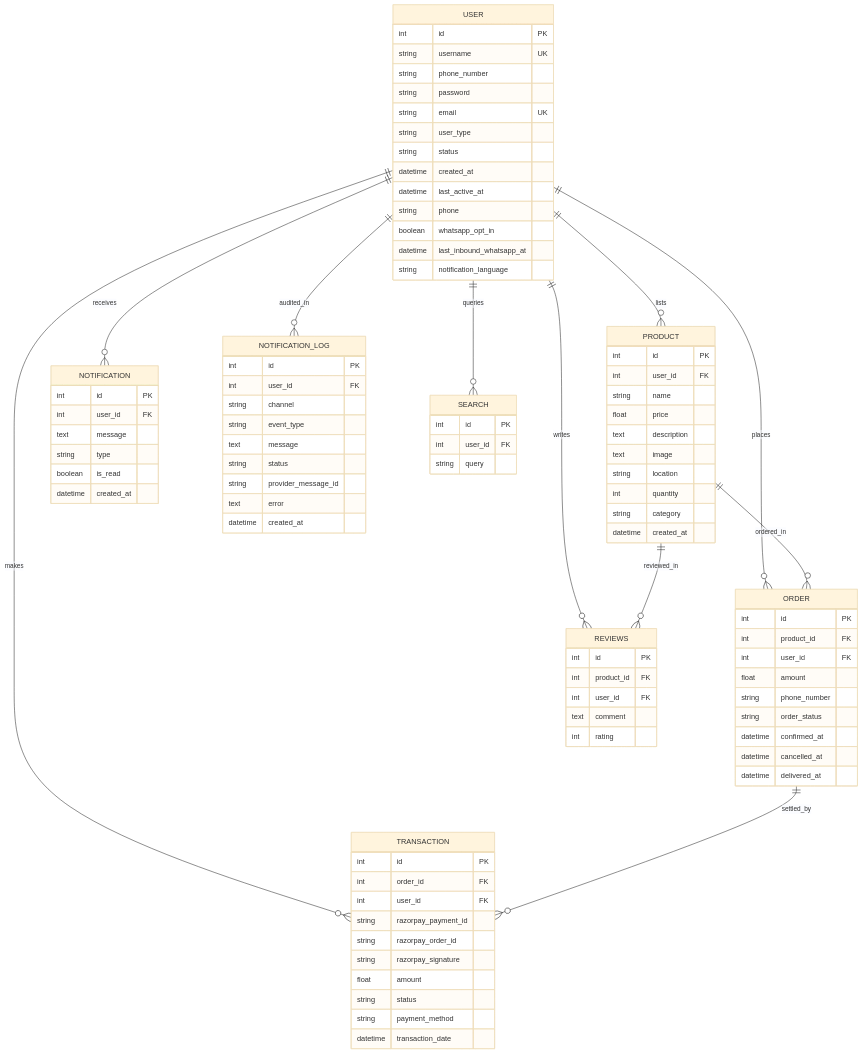
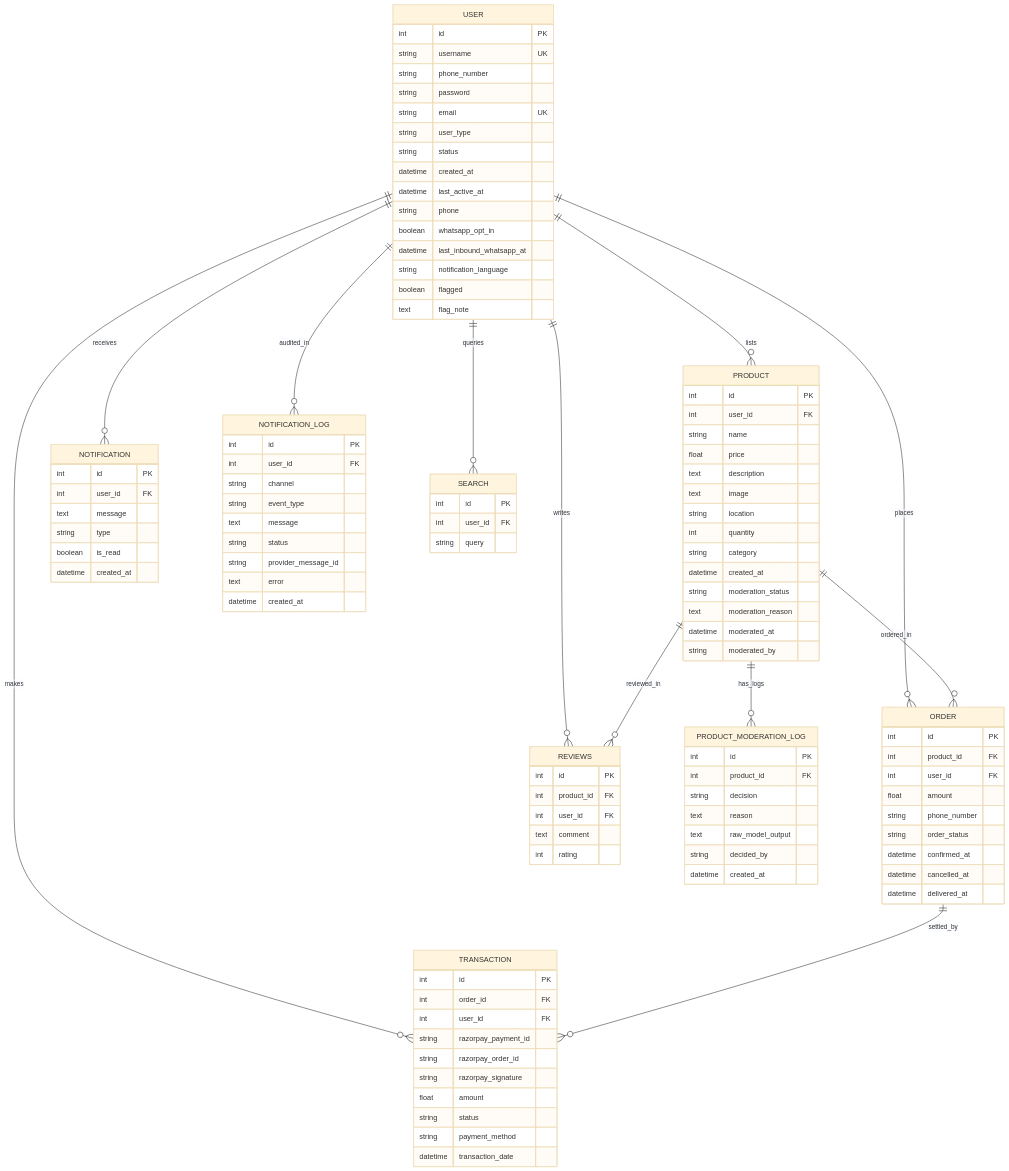
One commit to kv035131-oss/EcoGreen-Farm changed the diagram in database/ER_DIAGRAM.md. Above: the diagram before and after it, drawn with Mermaid (base theme). The commit also changed 18 other files, not shown here.

```diff
--- a/database/ER_DIAGRAM.md
+++ b/database/ER_DIAGRAM.md
@@ -9,6 +9,7 @@
     USER ||--o{ NOTIFICATION_LOG : "audited_in"
     USER ||--o{ REVIEWS : "writes"
     USER ||--o{ SEARCH : "queries"
+    PRODUCT ||--o{ PRODUCT_MODERATION_LOG : "has_logs"
 
     PRODUCT ||--o{ ORDER : "ordered_in"
     PRODUCT ||--o{ REVIEWS : "reviewed_in"
@@ -29,6 +30,8 @@
         boolean whatsapp_opt_in
         datetime last_inbound_whatsapp_at
         string notification_language
+        boolean flagged
+        text flag_note
     }
 
     PRODUCT {
@@ -42,7 +45,22 @@
         int quantity
         string category
         datetime created_at
+        string moderation_status
+        text moderation_reason
+        datetime moderated_at
+        string moderated_by
     }
+
+    PRODUCT_MODERATION_LOG {
+        int id PK
+        int product_id FK
+        string decision
+        text reason
+        text raw_model_output
+        string decided_by
+        datetime created_at
+    }
+
 
     ORDER {
         int id PK
```
